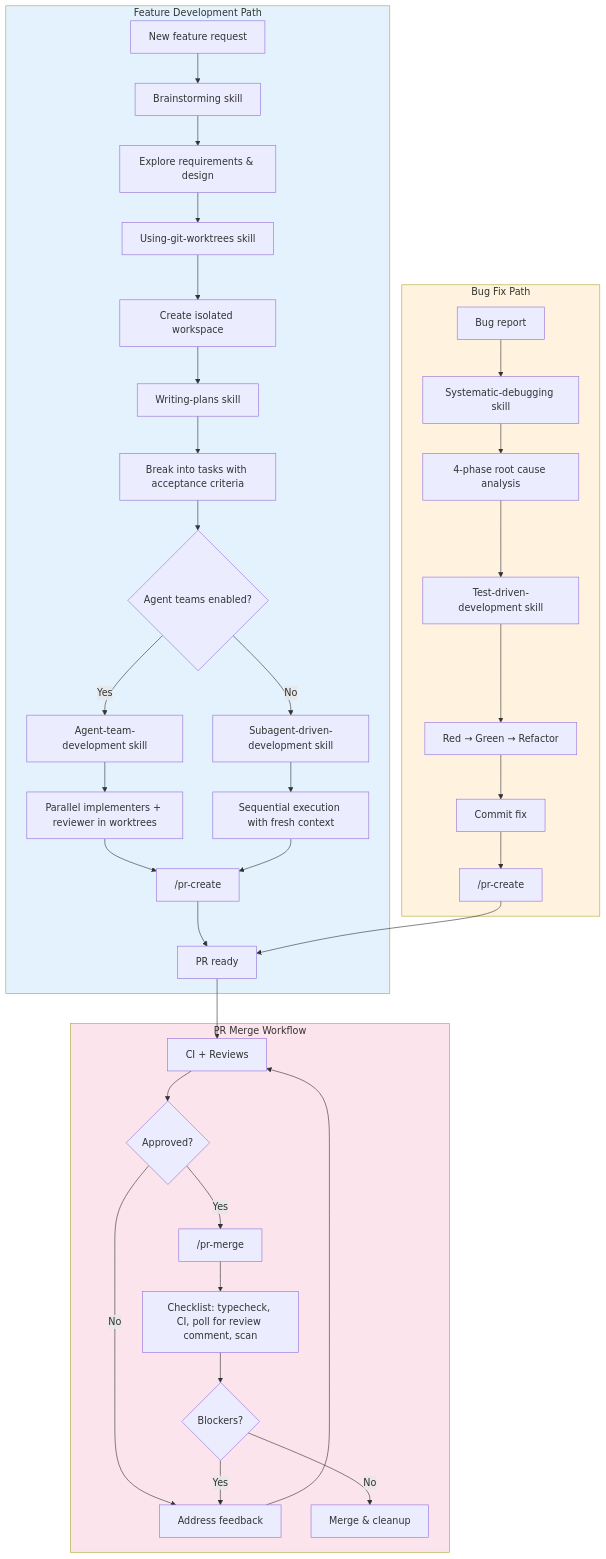
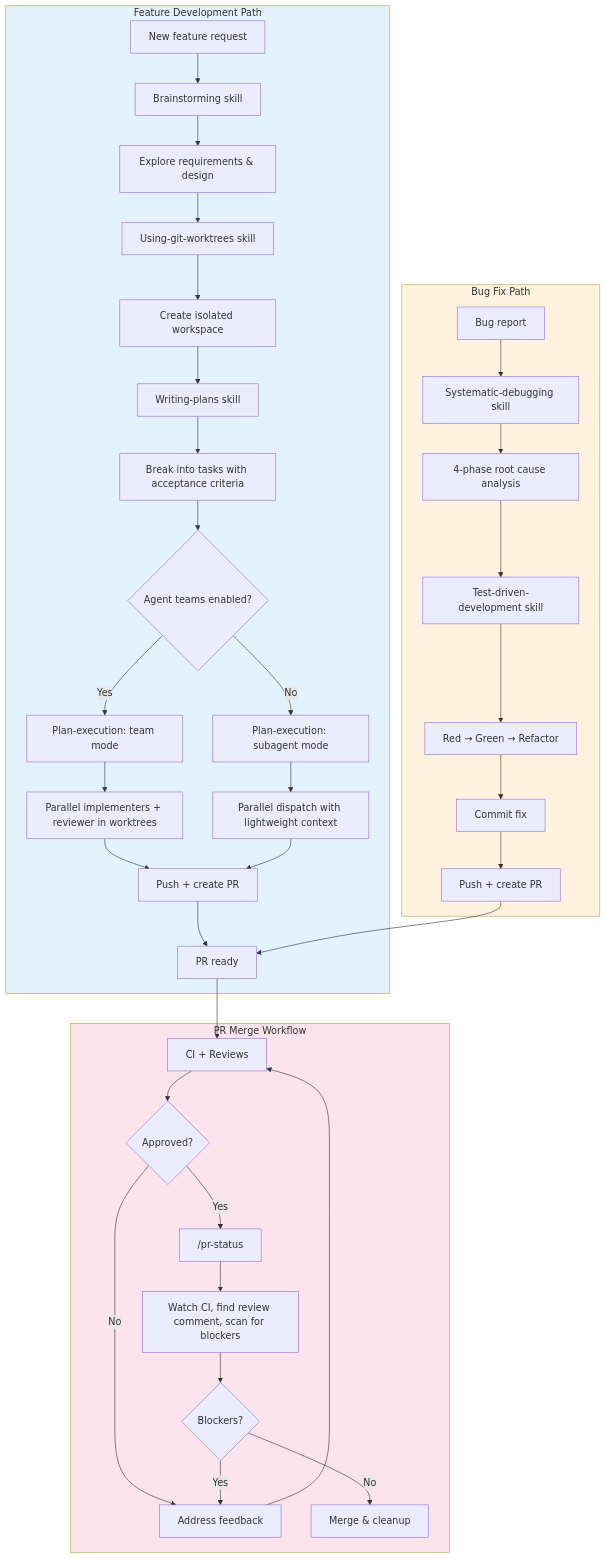
The diagram in README.md (tombakerjr/claude-code-workflows), drawn with Mermaid before and after one commit. The commit also changed other lines of this file and 14 other files, not shown here.

First line of the commit message:
fix: improve pr-create and pr-status reliability, consolidate pr-merge (#13)

````diff
--- a/README.md
+++ b/README.md
@@ -46,45 +38,45 @@
 ```mermaid
 flowchart TD
     subgraph FEATURE ["Feature Development Path"]
         A[New feature request] --> B[Brainstorming skill]
         B --> C["Explore requirements & design"]
         C --> D[Using-git-worktrees skill]
         D --> E[Create isolated workspace]
         E --> F[Writing-plans skill]
         F --> G["Break into tasks with acceptance criteria"]
         G --> H{Agent teams enabled?}
-        H -->|Yes| I1[Agent-team-development skill]
+        H -->|Yes| I1["Plan-execution: team mode"]
         I1 --> I2["Parallel implementers + reviewer in worktrees"]
-        H -->|No| I3[Subagent-driven-development skill]
-        I3 --> I4["Sequential execution with fresh context"]
-        I2 --> J["/pr-create"]
+        H -->|No| I3["Plan-execution: subagent mode"]
+        I3 --> I4["Parallel dispatch with lightweight context"]
+        I2 --> J["Push + create PR"]
         I4 --> J
         J --> K[PR ready]
     end
 
     subgraph BUG ["Bug Fix Path"]
         L[Bug report] --> M[Systematic-debugging skill]
         M --> N["4-phase root cause analysis"]
         N --> O[Test-driven-development skill]
         O --> P["Red → Green → Refactor"]
         P --> Q[Commit fix]
-        Q --> R["/pr-create"]
+        Q --> R["Push + create PR"]
         R --> K
     end
 
     subgraph MERGE ["PR Merge Workflow"]
         K --> S[CI + Reviews]
         S --> T{Approved?}
         T -->|No| U[Address feedback]
         U --> S
-        T -->|Yes| V["/pr-merge"]
-        V --> W["Checklist: typecheck, CI, poll for review comment, scan"]
+        T -->|Yes| V["/pr-status"]
+        V --> W["Watch CI, find review comment, scan for blockers"]
         W --> X{Blockers?}
         X -->|Yes| U
         X -->|No| Y[Merge & cleanup]
     end
 
     style FEATURE fill:#e3f2fd
     style BUG fill:#fff3e0
     style MERGE fill:#fce4ec
 ```
````
